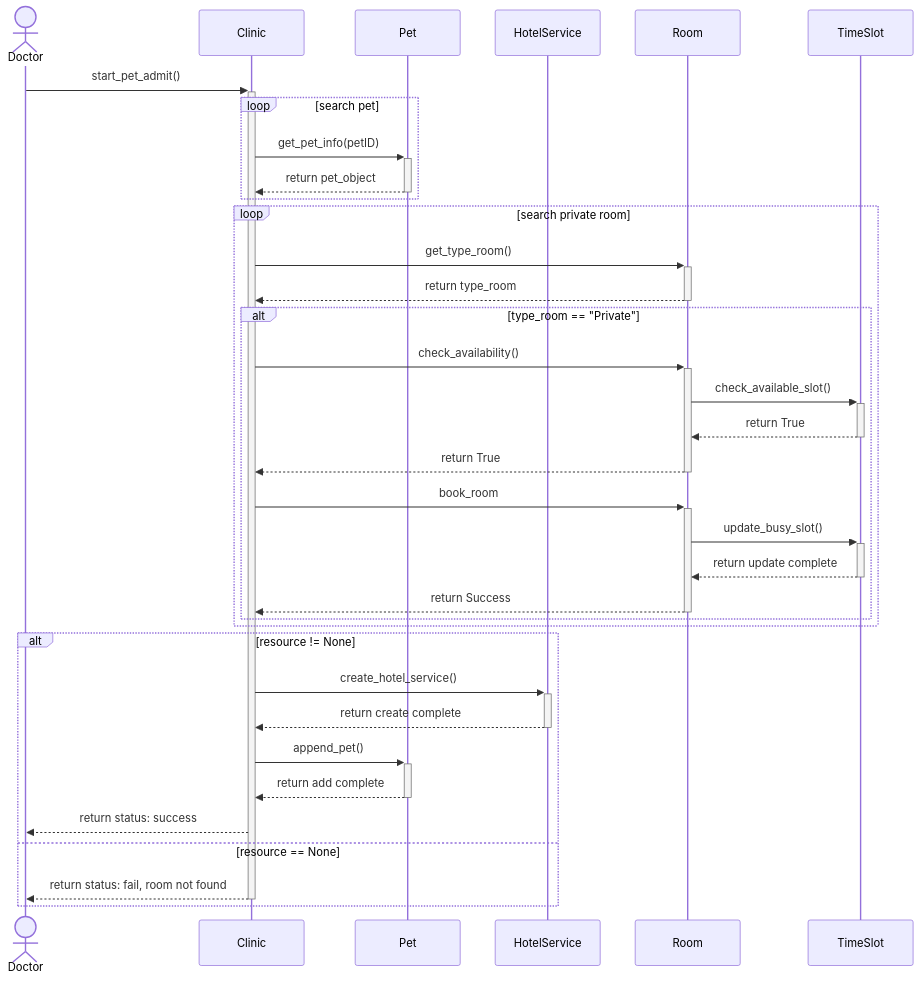
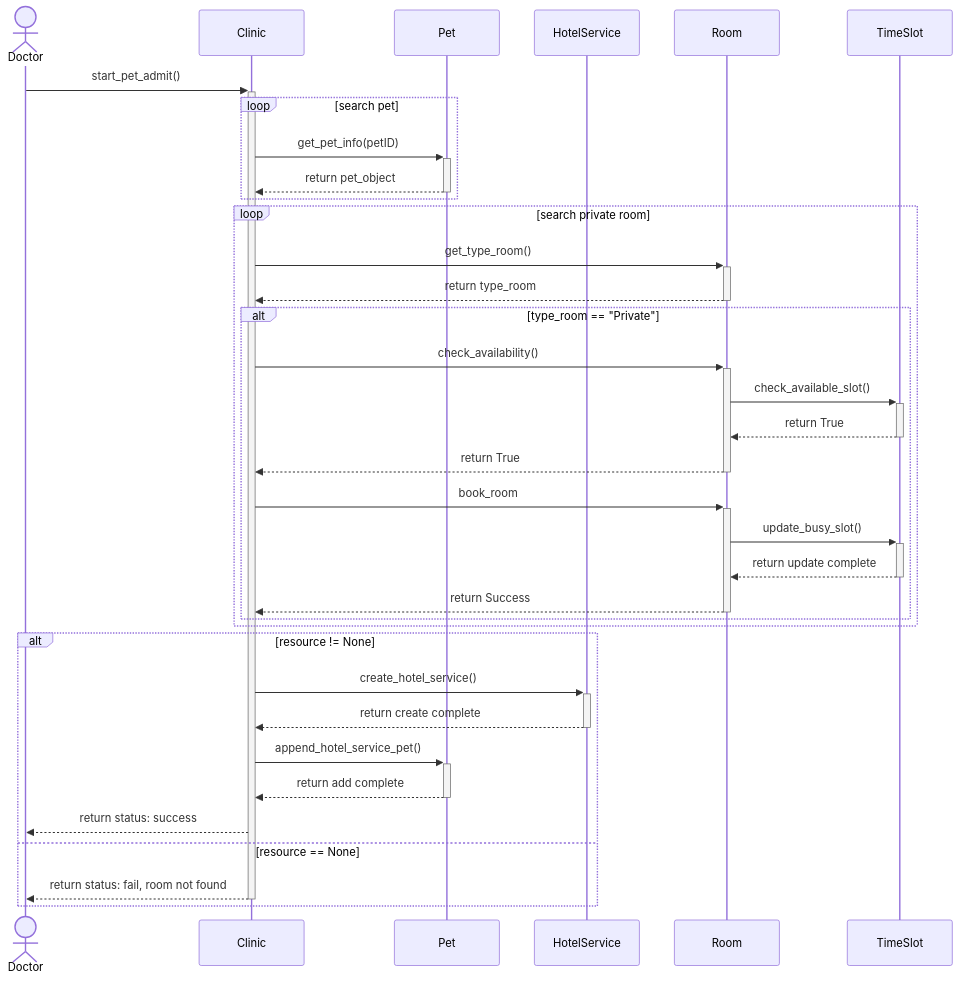
Before and after one commit to HiruKub/OOP-PROJECT_BASECODE: the diagram in SequenceDiagram/pet_admit.mmd, drawn with Mermaid.

Commit message:
fix: update method call for appending hotel service to pet in admission process

```diff
--- a/SequenceDiagram/pet_admit.mmd
+++ b/SequenceDiagram/pet_admit.mmd
@@ -1,38 +1,38 @@
 sequenceDiagram
     actor Doctor
     participant Clinic
     %% participant DoctorClass
     participant Pet
     participant HotelService
 
     Doctor->>+Clinic: start_pet_admit()
 
     loop search pet
     Clinic->>+Pet: get_pet_info(petID)
     Pet-->>-Clinic: return pet_object
     end
 
     loop search private room
     Clinic->>+Room: get_type_room()
         Room-->>-Clinic: return type_room
         alt type_room == "Private"
             Clinic->>+Room: check_availability()
             Room->>+TimeSlot: check_available_slot()
             TimeSlot -->>- Room: return True
             Room-->>-Clinic: return True
             Clinic->>+Room: book_room
             Room->>+TimeSlot: update_busy_slot()
             TimeSlot-->>-Room: return update complete
             Room -->>-Clinic: return Success
         end
     end
 
     alt resource != None
         Clinic->>+HotelService: create_hotel_service()
         HotelService -->>- Clinic: return create complete
-        Clinic->>+Pet: append_pet()
+        Clinic->>+Pet: append_hotel_service_pet()
         Pet-->>-Clinic: return add complete
         Clinic-->>Doctor: return status: success
     else resource == None
         Clinic-->>-Doctor: return status: fail, room not found
     end
```
